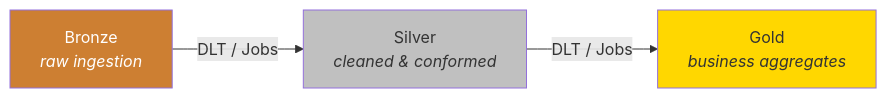
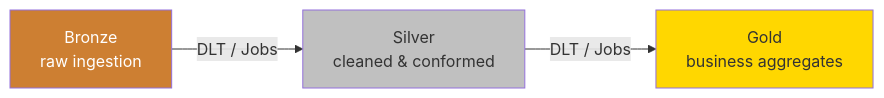
The fifth of 8 diagrams in data-architecture/data-lakehouse.md (adnanrahin/adnanrahin.github.io), drawn with Mermaid before and after one commit. The commit also changed other lines of this file and 3 other files, not shown here.

Commit message:
updated the flowchart

````diff
--- a/data-architecture/data-lakehouse.md
+++ b/data-architecture/data-lakehouse.md
@@ -196,11 +191,11 @@
 ```mermaid
 flowchart LR
-    B["Bronze<br/><i>raw ingestion</i>"]
-    S["Silver<br/><i>cleaned & conformed</i>"]
-    G["Gold<br/><i>business aggregates</i>"]
+    B["Bronze<br/>raw ingestion"]
+    S["Silver<br/>cleaned & conformed"]
+    G["Gold<br/>business aggregates"]
     B -->|"DLT / Jobs"| S -->|"DLT / Jobs"| G
 
     style B fill:#CD7F32,color:#fff
     style S fill:#C0C0C0,color:#333
     style G fill:#FFD700,color:#333
 ```
````
